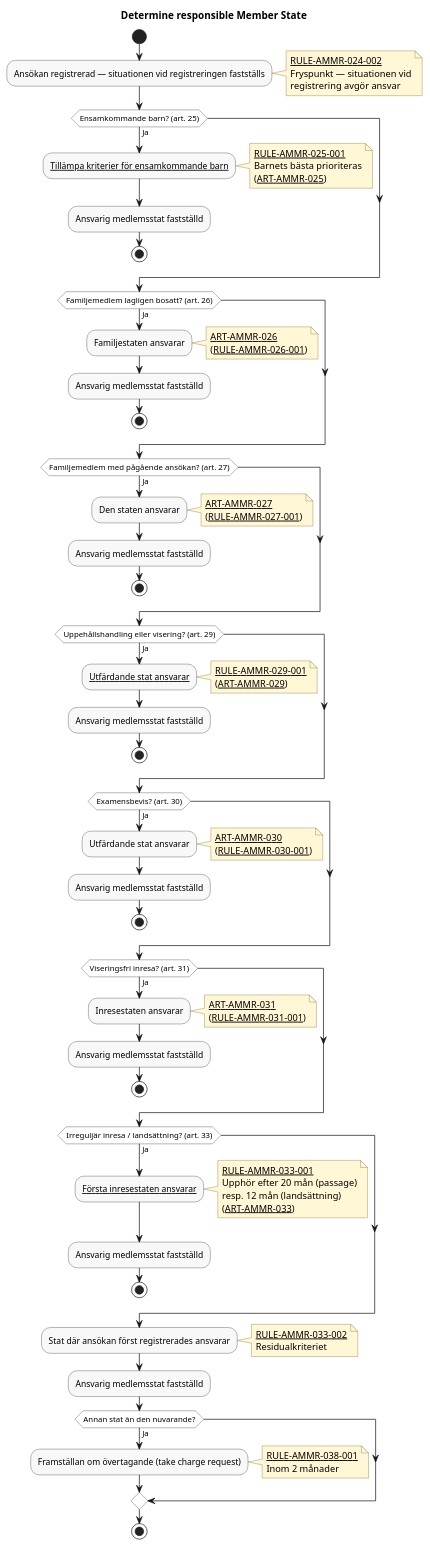
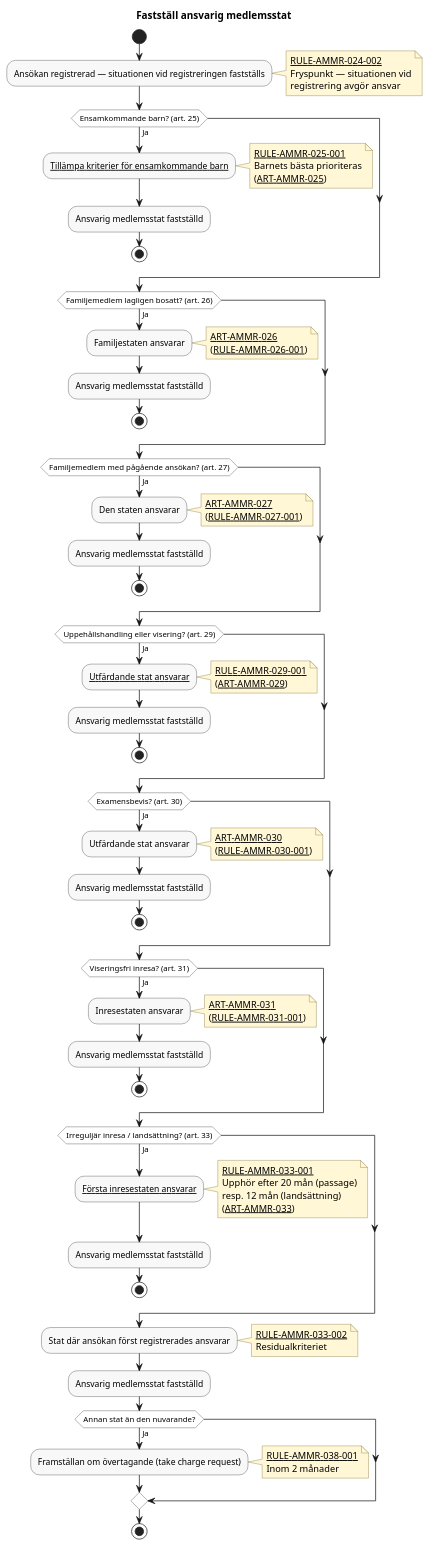
The diagram in docs/domains/responsibility/diagrams/determine-responsible-member-state.pu (chrhe894/migration_pact), drawn with PlantUML before and after one commit. The commit also changed other lines of this file and 225 other files, not shown here.

```diff
--- a/docs/domains/responsibility/diagrams/determine-responsible-member-state.pu
+++ b/docs/domains/responsibility/diagrams/determine-responsible-member-state.pu
@@ -17,120 +17,120 @@
 @startuml determine-responsible-member-state
 
-title Determine responsible Member State
+title Fastställ ansvarig medlemsstat
 
 skinparam shadowing false
 skinparam HyperlinkColor Black
 skinparam HyperlinkUnderline true
 skinparam defaultFontName Arial
 skinparam activity {
   BackgroundColor #F8F8F8
   BorderColor #333333
   DiamondBackgroundColor #FFFFFF
   DiamondBorderColor #333333
 }
 skinparam note {
   BackgroundColor #FFF7D6
   BorderColor #7A6A2A
 }
 
 start
 
 :Ansökan registrerad — situationen vid registreringen fastställs;
 note right
   [[../rules/rule-ammr-024-002.md RULE-AMMR-024-002]]
   Fryspunkt — situationen vid
   registrering avgör ansvar
 end note
 
 if (Ensamkommande barn? (art. 25)) then (Ja)
   :[[../rules/rule-ammr-025-001.md Tillämpa kriterier för ensamkommande barn]];
   note right
     [[../rules/rule-ammr-025-001.md RULE-AMMR-025-001]]
     Barnets bästa prioriteras
     ([[../articles/ammr-025.md ART-AMMR-025]])
   end note
   :Ansvarig medlemsstat fastställd;
   stop
 endif
 
 if (Familjemedlem lagligen bosatt? (art. 26)) then (Ja)
   :Familjestaten ansvarar;
   note right
     [[../articles/ammr-026.md ART-AMMR-026]]
     ([[../rules/rule-ammr-026-001.md RULE-AMMR-026-001]])
   end note
   :Ansvarig medlemsstat fastställd;
   stop
 endif
 
 if (Familjemedlem med pågående ansökan? (art. 27)) then (Ja)
   :Den staten ansvarar;
   note right
     [[../articles/ammr-027.md ART-AMMR-027]]
     ([[../rules/rule-ammr-027-001.md RULE-AMMR-027-001]])
   end note
   :Ansvarig medlemsstat fastställd;
   stop
 endif
 
 if (Uppehållshandling eller visering? (art. 29)) then (Ja)
   :[[../rules/rule-ammr-029-001.md Utfärdande stat ansvarar]];
   note right
     [[../rules/rule-ammr-029-001.md RULE-AMMR-029-001]]
     ([[../articles/ammr-029.md ART-AMMR-029]])
   end note
   :Ansvarig medlemsstat fastställd;
   stop
 endif
 
 if (Examensbevis? (art. 30)) then (Ja)
   :Utfärdande stat ansvarar;
   note right
     [[../articles/ammr-030.md ART-AMMR-030]]
     ([[../rules/rule-ammr-030-001.md RULE-AMMR-030-001]])
   end note
   :Ansvarig medlemsstat fastställd;
   stop
 endif
 
 if (Viseringsfri inresa? (art. 31)) then (Ja)
   :Inresestaten ansvarar;
   note right
     [[../articles/ammr-031.md ART-AMMR-031]]
     ([[../rules/rule-ammr-031-001.md RULE-AMMR-031-001]])
   end note
   :Ansvarig medlemsstat fastställd;
   stop
 endif
 
 if (Irreguljär inresa / landsättning? (art. 33)) then (Ja)
   :[[../rules/rule-ammr-033-001.md Första inresestaten ansvarar]];
   note right
     [[../rules/rule-ammr-033-001.md RULE-AMMR-033-001]]
     Upphör efter 20 mån (passage)
     resp. 12 mån (landsättning)
     ([[../articles/ammr-033.md ART-AMMR-033]])
   end note
   :Ansvarig medlemsstat fastställd;
   stop
 endif
 
 :Stat där ansökan först registrerades ansvarar;
 note right
   [[../rules/rule-ammr-033-002.md RULE-AMMR-033-002]]
   Residualkriteriet
 end note
 
 :Ansvarig medlemsstat fastställd;
 
 if (Annan stat än den nuvarande?) then (Ja)
   :Framställan om övertagande (take charge request);
   note right
     [[../rules/rule-ammr-038-001.md RULE-AMMR-038-001]]
     Inom 2 månader
   end note
 endif
 
 stop
 
 @enduml
```
